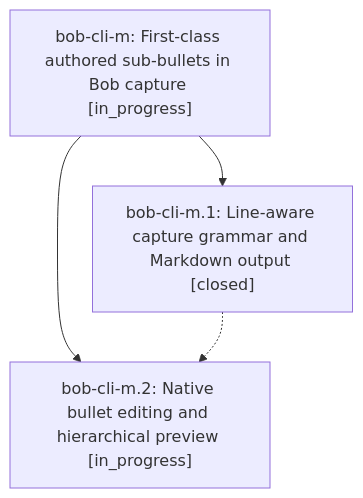
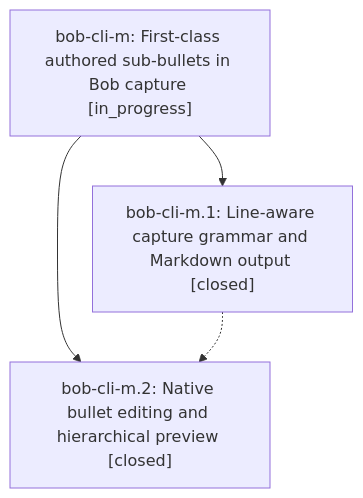
The diagram in pages/bob-cli-m/README.md (bobs-org/bob-cli--beads), drawn with Mermaid before and after one commit. The commit also changed other lines of this file and 2 other files, not shown here.

First line of the commit message:
chore(beads): sync bead state and pages for bob-cli-m

````diff
--- a/pages/bob-cli-m/README.md
+++ b/pages/bob-cli-m/README.md
@@ -23,9 +23,9 @@
 ```mermaid
 flowchart TD
     n0["bob-cli-m: First-class authored sub-bullets in Bob capture [in_progress]"]
     n1["bob-cli-m.1: Line-aware capture grammar and Markdown output [closed]"]
-    n2["bob-cli-m.2: Native bullet editing and hierarchical preview [in_progress]"]
+    n2["bob-cli-m.2: Native bullet editing and hierarchical preview [closed]"]
     n0 --> n1
     n0 --> n2
     n1 -.-> n2
 ```
````
